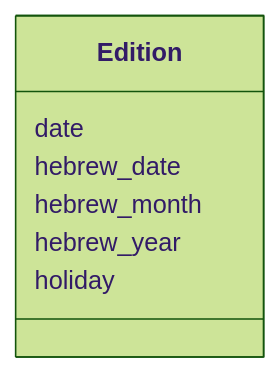
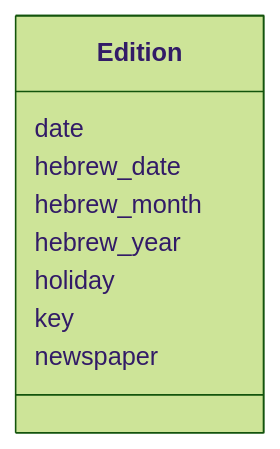
One commit to dsmedia/pruzhany-schema changed the diagram in linkml/generated/docs/editions/Edition.md. Above: the diagram before and after it, drawn with Mermaid (forest theme). The commit also changed other lines of this file and 60 other files, not shown here.

First line of the commit message:
Require newspaper identity and edition keys in site contracts

````diff
--- a/linkml/generated/docs/editions/Edition.md
+++ b/linkml/generated/docs/editions/Edition.md
@@ -23,16 +23,20 @@
 ```mermaid
  classDiagram
     class Edition
     click Edition href "../Edition/"
       Edition : date
         
       Edition : hebrew_date
         
       Edition : hebrew_month
         
       Edition : hebrew_year
         
       Edition : holiday
         
+      Edition : key
+        
+      Edition : newspaper
+        
       
 ```
````
